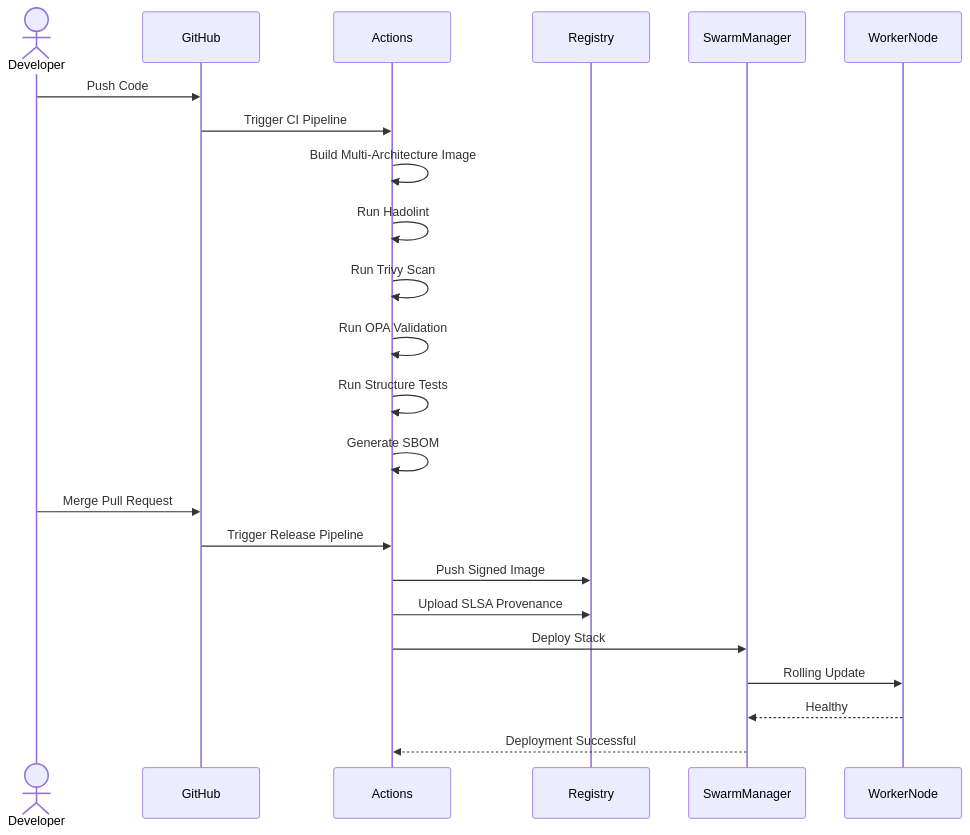
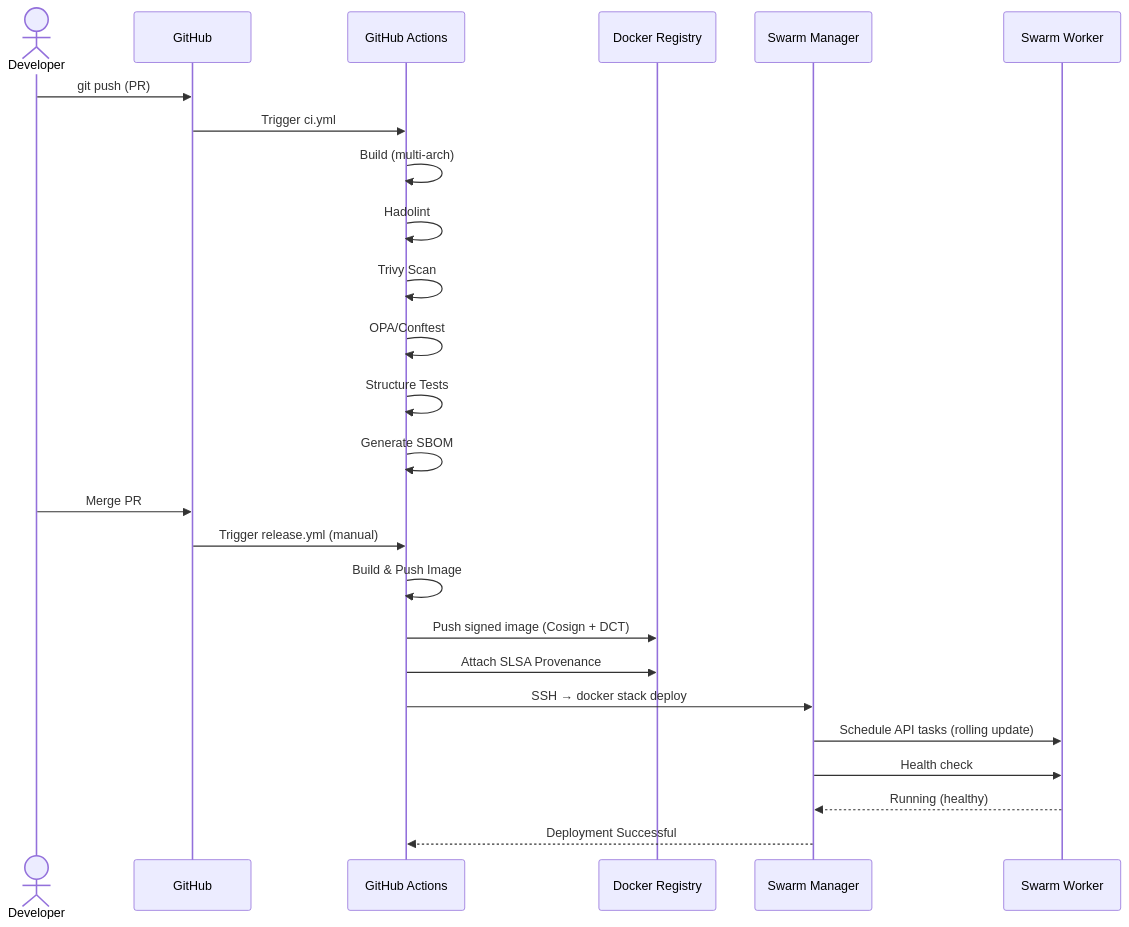
Before and after one commit to rajim59/SwarmFort: the fourth of 5 diagrams in docs/architecture.md, drawn with Mermaid. The commit also changed other lines of this file, not shown here.

Commit message:
docs: document system architecture, component interactions and core design choices

````diff
--- a/docs/architecture.md
+++ b/docs/architecture.md
@@ -136,37 +147,29 @@
 ```mermaid
 sequenceDiagram
+    actor Dev as Developer
+    participant Git as GitHub
+    participant CI as GitHub Actions
+    participant Registry as Docker Registry
+    participant Swarm as Swarm Manager
+    participant Node as Swarm Worker
 
-    actor Dev as Developer
+    Dev->>Git: git push (PR)
+    Git->>CI: Trigger ci.yml
+    CI->>CI: Build (multi-arch)
+    CI->>CI: Hadolint
+    CI->>CI: Trivy Scan
+    CI->>CI: OPA/Conftest
+    CI->>CI: Structure Tests
+    CI->>CI: Generate SBOM
 
-    participant GitHub
-    participant Actions
-    participant Registry
-    participant SwarmManager
-    participant WorkerNode
-
-    Dev->>GitHub: Push Code
-
-    GitHub->>Actions: Trigger CI Pipeline
-
-    Actions->>Actions: Build Multi-Architecture Image
-    Actions->>Actions: Run Hadolint
-    Actions->>Actions: Run Trivy Scan
-    Actions->>Actions: Run OPA Validation
-    Actions->>Actions: Run Structure Tests
-    Actions->>Actions: Generate SBOM
-
-    Dev->>GitHub: Merge Pull Request
-
-    GitHub->>Actions: Trigger Release Pipeline
-
-    Actions->>Registry: Push Signed Image
-    Actions->>Registry: Upload SLSA Provenance
-
-    Actions->>SwarmManager: Deploy Stack
-
-    SwarmManager->>WorkerNode: Rolling Update
-
-    WorkerNode-->>SwarmManager: Healthy
-
-    SwarmManager-->>Actions: Deployment Successful
+    Dev->>Git: Merge PR
+    Git->>CI: Trigger release.yml (manual)
+    CI->>CI: Build & Push Image
+    CI->>Registry: Push signed image (Cosign + DCT)
+    CI->>Registry: Attach SLSA Provenance
+    CI->>Swarm: SSH → docker stack deploy
+    Swarm->>Node: Schedule API tasks (rolling update)
+    Swarm->>Node: Health check
+    Node-->>Swarm: Running (healthy)
+    Swarm-->>CI: Deployment Successful
 ```
````
